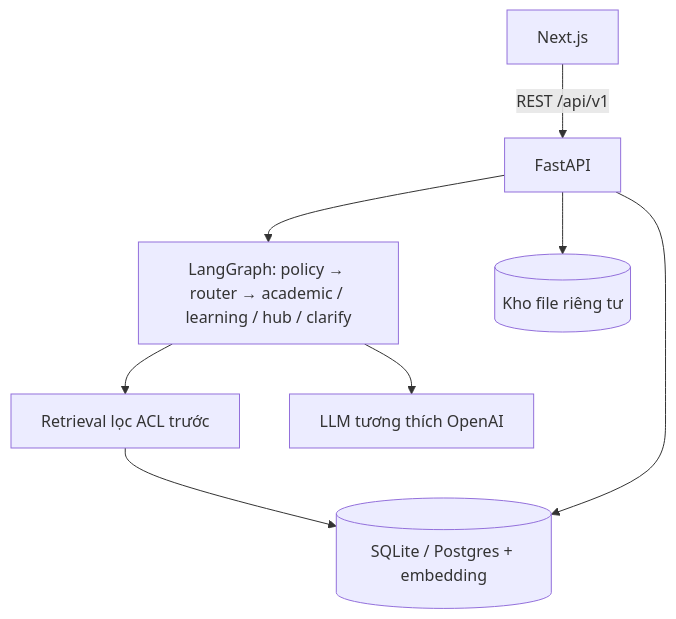
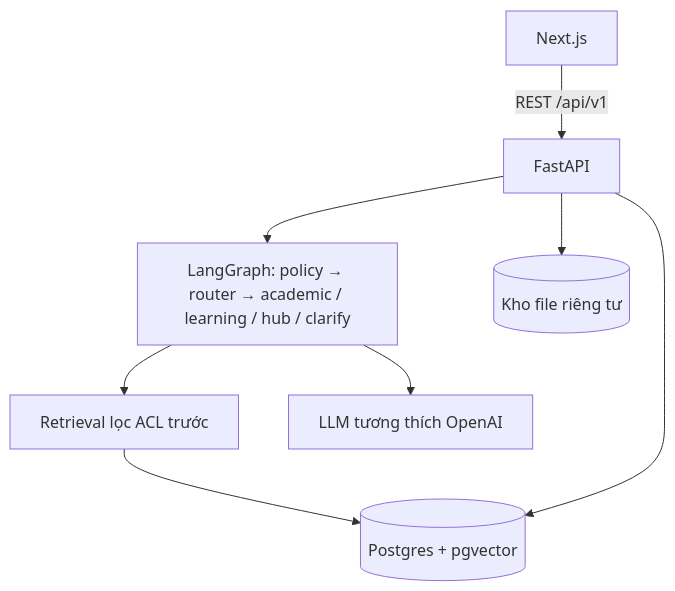
One commit to MinhNhatUet/7grass10wwind changed the first of 2 diagrams in ARCHITECTURE.md. Above: the diagram before and after it, drawn with Mermaid. The commit also changed other lines of this file and 8 other files, not shown here.

First line of the commit message:
feat: Postgres + pgvector cho DB và tìm kiếm (D-84)

````diff
--- a/ARCHITECTURE.md
+++ b/ARCHITECTURE.md
@@ -13,10 +13,10 @@
 ```mermaid
 graph TB
     FE[Next.js] -->|REST /api/v1| API[FastAPI]
     API --> ORCH[LangGraph: policy → router → academic / learning / hub / clarify]
     ORCH --> RET[Retrieval lọc ACL trước]
     ORCH --> LLM[LLM tương thích OpenAI]
-    RET --> DB[(SQLite / Postgres + embedding)]
+    RET --> DB[(Postgres + pgvector)]
     API --> DB
     API --> FS[(Kho file riêng tư)]
 ```
````
